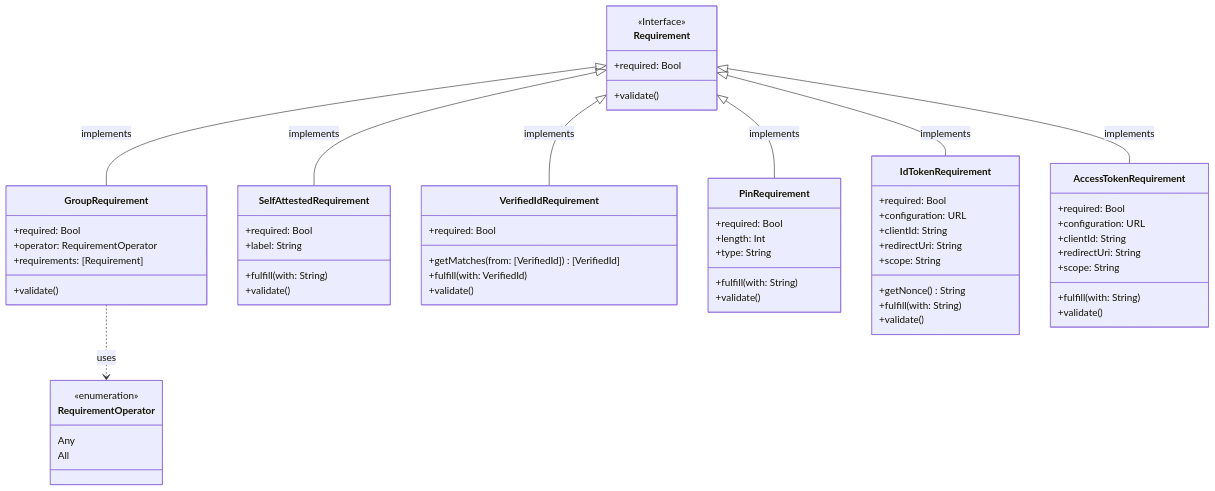
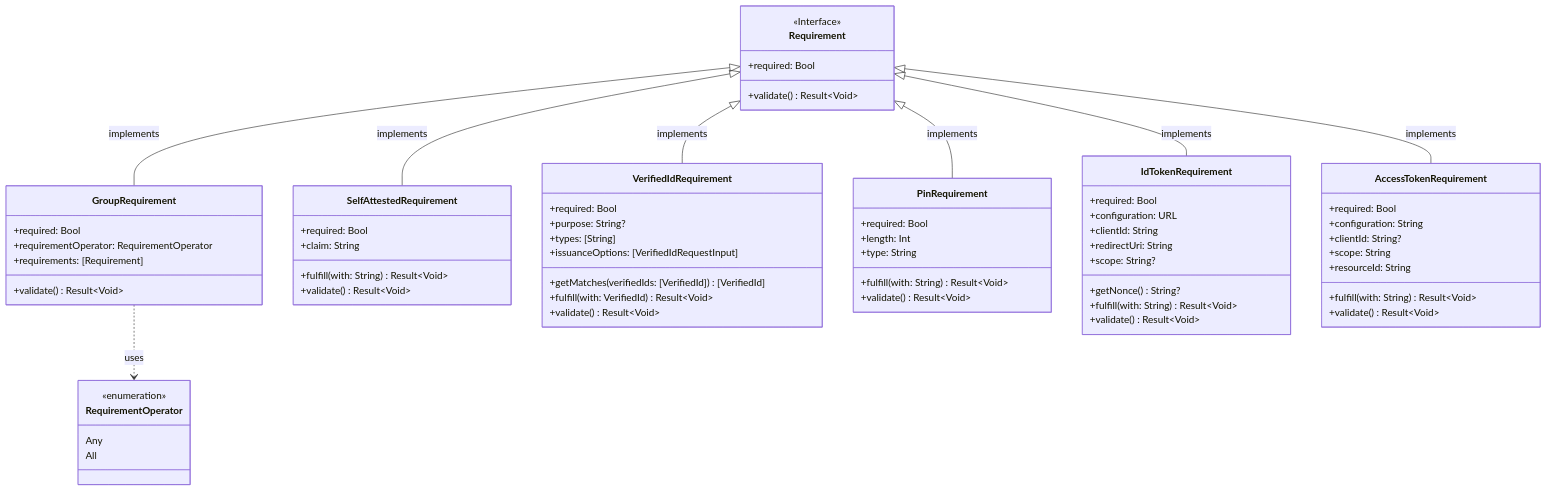
One commit to microsoft/entra-verifiedid-wallet-library-ios changed the second of 3 diagrams in Docs/LibraryArchitecture.md. Above: the diagram before and after it, drawn with Mermaid. The commit also changed other lines of this file, not shown here.

Commit message:
Finalize External Interfaces for Private Preview (#23)

````diff
--- a/Docs/LibraryArchitecture.md
+++ b/Docs/LibraryArchitecture.md
@@ -65,64 +84,67 @@
 ```mermaid
 classDiagram
 GroupRequirement ..> RequirementOperator: uses
 Requirement <|-- GroupRequirement: implements
 Requirement <|-- SelfAttestedRequirement: implements
 Requirement <|-- VerifiedIdRequirement: implements
 Requirement <|-- PinRequirement: implements
 Requirement <|-- IdTokenRequirement: implements
 Requirement <|-- AccessTokenRequirement: implements
 <<Interface>> Requirement
 class Requirement {
     +required: Bool
-    +validate()
+    +validate() Result<<T>Void>
 }
 class GroupRequirement {
     +required: Bool
-    +operator: RequirementOperator
+    +requirementOperator: RequirementOperator
     +requirements: [Requirement]
-    +validate()
+    +validate() Result<<T>Void>
 }
 <<enumeration>> RequirementOperator
 class RequirementOperator {
     Any
     All 
 }
 class SelfAttestedRequirement {
     +required: Bool
-    +label: String
-    +fulfill(with: String)
-    +validate()
+    +claim: String
+    +fulfill(with: String) Result<<T>Void>
+    +validate() Result<<T>Void>
 }
 class VerifiedIdRequirement {
     +required: Bool
-    +getMatches(from: [VerifiedId]) [VerifiedId]
-    +fulfill(with: VerifiedId)
-    +validate()
+    +purpose: String?
+    +types: [String]
+    +issuanceOptions: [VerifiedIdRequestInput]
+    +getMatches(verifiedIds: [VerifiedId]) [VerifiedId]
+    +fulfill(with: VerifiedId) Result<<T>Void>
+    +validate() Result<<T>Void>
 }
 class PinRequirement {
     +required: Bool
     +length: Int
     +type: String
-    +fulfill(with: String)
-    +validate()
+    +fulfill(with: String) Result<<T>Void>
+    +validate() Result<<T>Void>
 }
 class IdTokenRequirement {
     +required: Bool
     +configuration: URL
     +clientId: String
     +redirectUri: String
-    +scope: String
-    +getNonce() String
-    +fulfill(with: String)
-    +validate()
+    +scope: String?
+    +getNonce() String?
+    +fulfill(with: String) Result<<T>Void>
+    +validate() Result<<T>Void>
 }
 class AccessTokenRequirement {
     +required: Bool
-    +configuration: URL
-    +clientId: String
-    +redirectUri: String
+    +configuration: String
+    +clientId: String?
     +scope: String
-    +fulfill(with: String)
-    +validate()
+    +resourceId: String
+    +fulfill(with: String) Result<<T>Void>
+    +validate() Result<<T>Void>
 }
 ```
````
